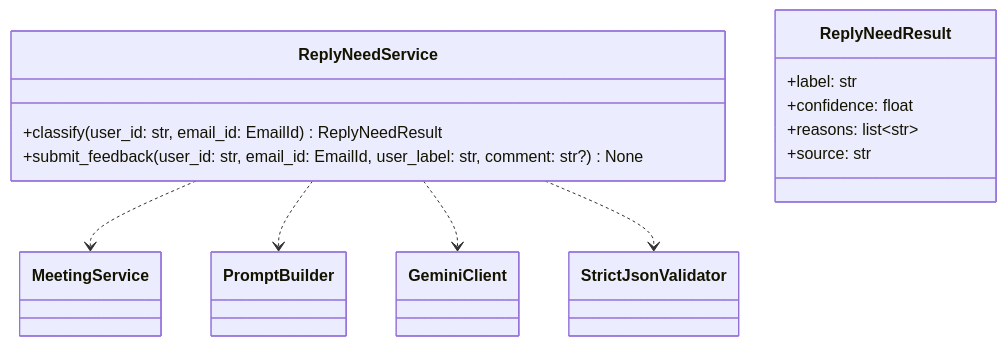
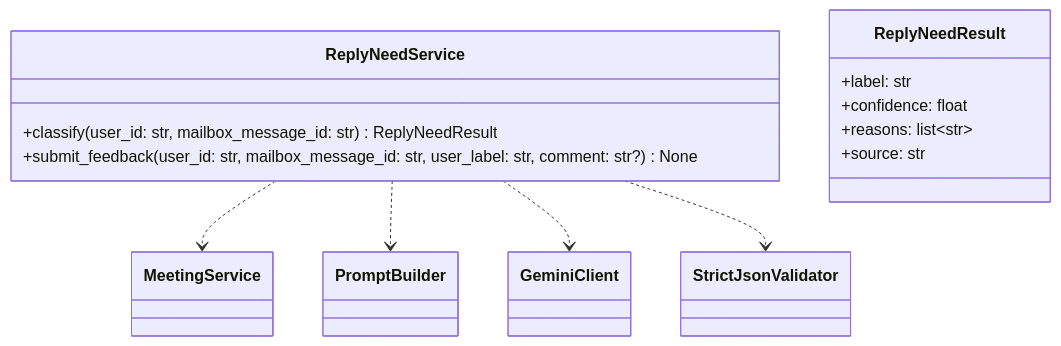
One commit to XunSong02/OutlookPlus changed diagram 16 of 20 in backend/backend_specification_Modules.md. Above: the diagram before and after it, drawn with Mermaid. The commit also changed other lines of this file, not shown here.

````diff
--- a/backend/backend_specification_Modules.md
+++ b/backend/backend_specification_Modules.md
@@ -1072,17 +1135,17 @@
 ```mermaid
 classDiagram
 	class ReplyNeedService {
-		+classify(user_id: str, email_id: EmailId) ReplyNeedResult
-		+submit_feedback(user_id: str, email_id: EmailId, user_label: str, comment: str?) None
+		+classify(user_id: str, mailbox_message_id: str) ReplyNeedResult
+		+submit_feedback(user_id: str, mailbox_message_id: str, user_label: str, comment: str?) None
 	}
 	class ReplyNeedResult {
 		+label: str
 		+confidence: float
 		+reasons: list~str~
 		+source: str
 	}
 	ReplyNeedService ..> MeetingService
 	ReplyNeedService ..> PromptBuilder
 	ReplyNeedService ..> GeminiClient
 	ReplyNeedService ..> StrictJsonValidator
 ```
````
